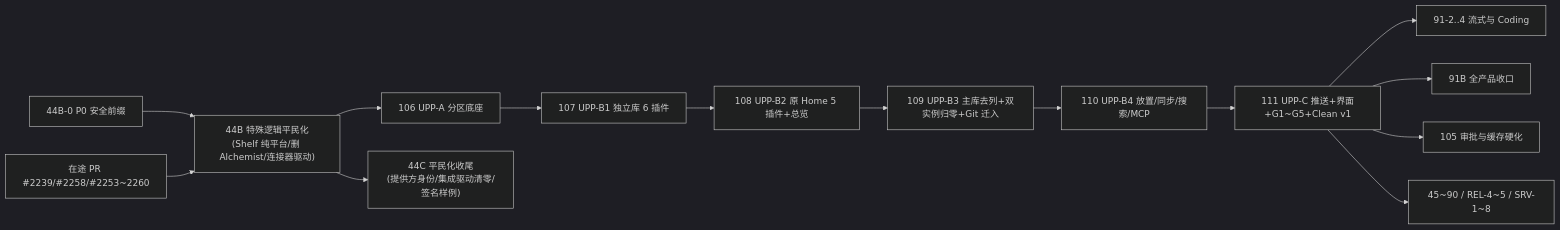
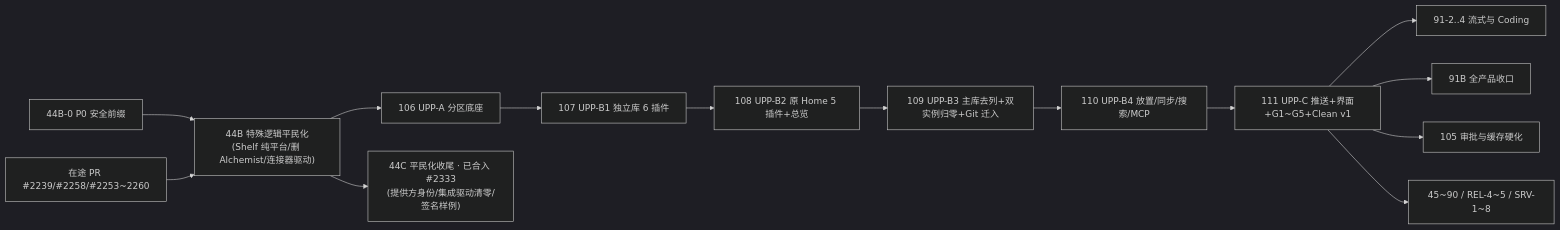
Before and after one commit to molis-ai/molis-work: the fifth of 5 diagrams in specs/post-anticorruption-roadmap/reference/dependencies.md, drawn with Mermaid (dark theme). The commit also changed other lines of this file and 8 other files, not shown here.

````diff
--- a/specs/post-anticorruption-roadmap/reference/dependencies.md
+++ b/specs/post-anticorruption-roadmap/reference/dependencies.md
@@ -588,16 +588,16 @@
 ```mermaid
 flowchart LR
   B44B0["44B-0 P0 安全前缀"] --> B44B["44B 特殊逻辑平民化<br/>(Shelf 纯平台/删 Alchemist/连接器驱动)"]
   INF["在途 PR #2239/#2258/#2253~2260"] --> B44B
   B44B --> B106["106 UPP-A 分区底座"]
-  B44B --> B44C["44C 平民化收尾<br/>(提供方身份/集成驱动清零/签名样例)"]
+  B44B --> B44C["44C 平民化收尾 · 已合入 #2333<br/>(提供方身份/集成驱动清零/签名样例)"]
   B106 --> B107["107 UPP-B1 独立库 6 插件"]
   B107 --> B108["108 UPP-B2 原 Home 5 插件+总览"]
   B108 --> B109["109 UPP-B3 主库去列+双实例归零+Git 迁入"]
   B109 --> B110["110 UPP-B4 放置/同步/搜索/MCP"]
   B110 --> B111["111 UPP-C 推送+界面+G1~G5+Clean v1"]
   B111 --> B91A["91-2..4 流式与 Coding"]
   B111 --> B91B["91B 全产品收口"]
   B111 --> B105["105 审批与缓存硬化"]
   B111 --> BDOWN["45~90 / REL-4~5 / SRV-1~8"]
 ```
````
